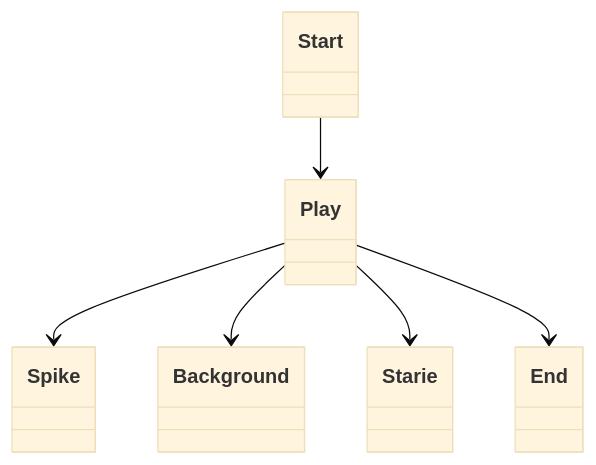
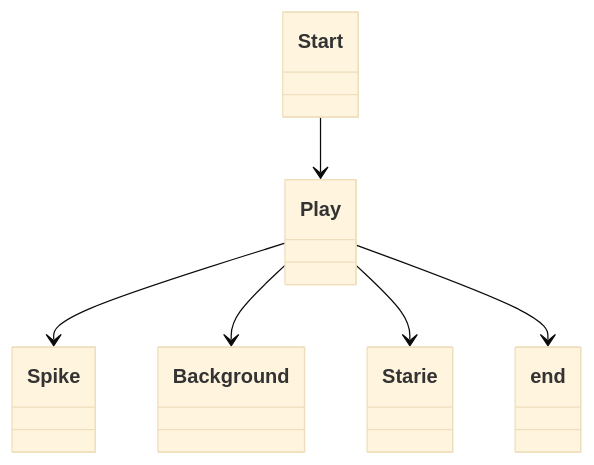
One commit to sohvip/ot-harjoitustyo changed the first of 2 diagrams in dokumentaatio/arkkitehtuuri.md. Above: the diagram before and after it, drawn with Mermaid (base theme). The commit also changed other lines of this file, not shown here.

````diff
--- a/dokumentaatio/arkkitehtuuri.md
+++ b/dokumentaatio/arkkitehtuuri.md
@@ -2,8 +2,8 @@
 ```mermaid
   classDiagram
       Start --> Play
       Play --> Spike
       Play --> Background
       Play --> Starie
-      Play --> End   
+      Play --> end   
 ```
````
